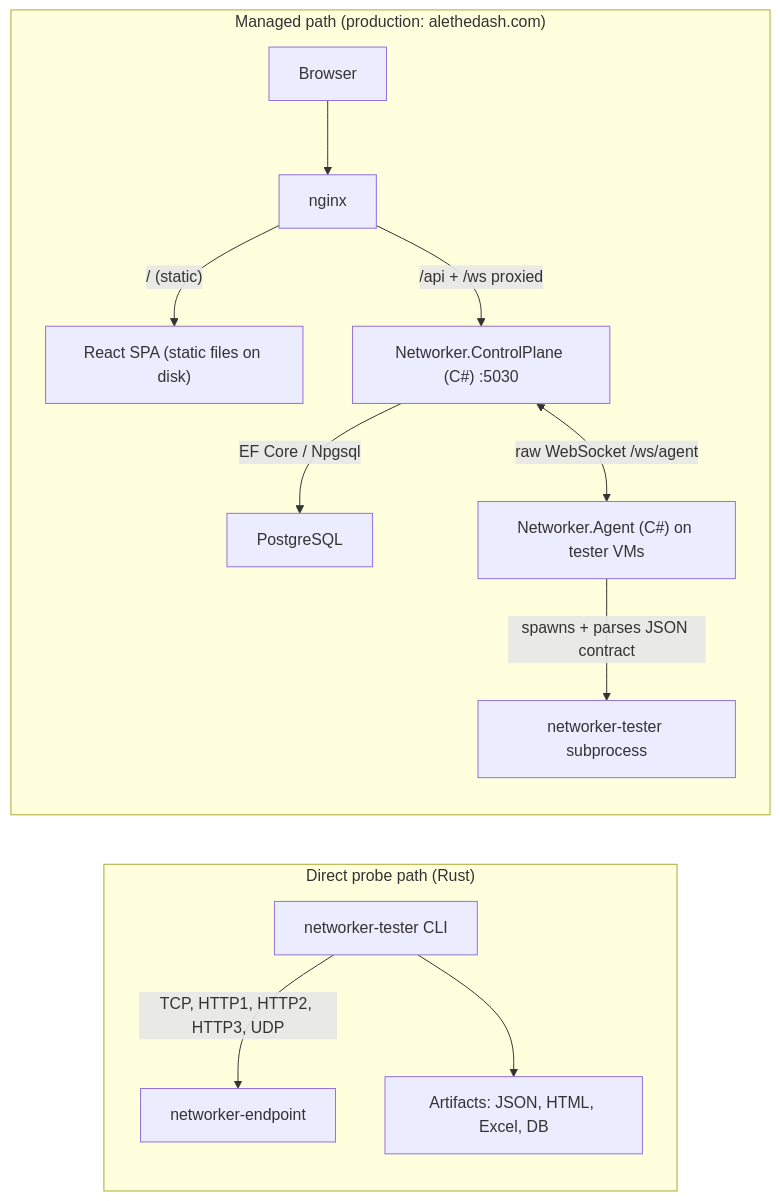
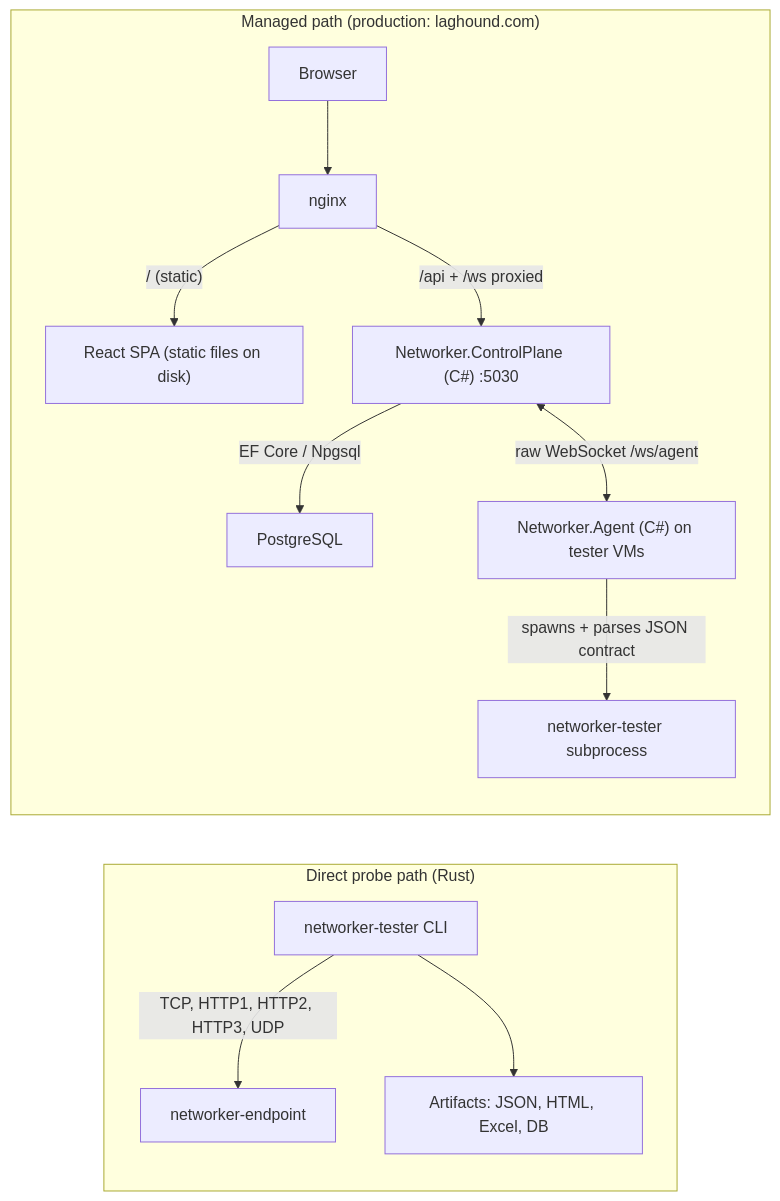
One commit to irlm/networker-tester changed the first of 4 diagrams in docs/architecture.md. Above: the diagram before and after it, drawn with Mermaid. The commit also changed other lines of this file and 14 other files, not shown here.

````diff
--- a/docs/architecture.md
+++ b/docs/architecture.md
@@ -18,27 +19,27 @@
 ```mermaid
 flowchart LR
     subgraph ProbePath["Direct probe path (Rust)"]
         T["networker-tester CLI"]
         E["networker-endpoint"]
         O["Artifacts: JSON, HTML, Excel, DB"]
         T -->|"TCP, HTTP1, HTTP2, HTTP3, UDP"| E
         T --> O
     end
 
-    subgraph ControlPlane["Managed path (production: alethedash.com)"]
+    subgraph ControlPlane["Managed path (production: laghound.com)"]
         B["Browser"]
         N["nginx"]
         SPA["React SPA (static files on disk)"]
         D["Networker.ControlPlane (C#) :5030"]
         P["PostgreSQL"]
         A["Networker.Agent (C#) on tester VMs"]
         TP["networker-tester subprocess"]
 
         B --> N
         N -->|"/ (static)"| SPA
         N -->|"/api + /ws proxied"| D
         D -->|"EF Core / Npgsql"| P
         D <-->|"raw WebSocket /ws/agent"| A
         A -->|"spawns + parses JSON contract"| TP
     end
 ```
````
